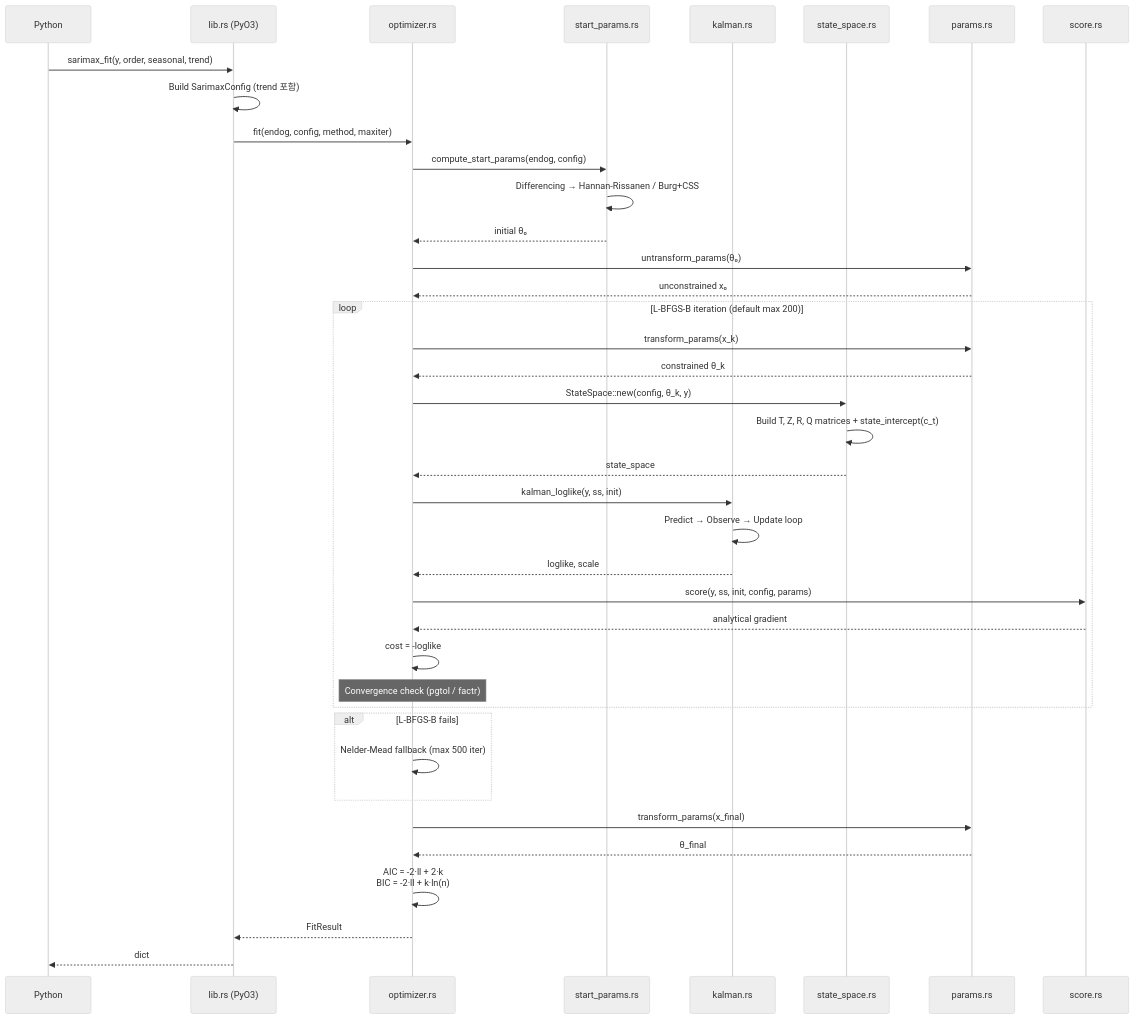
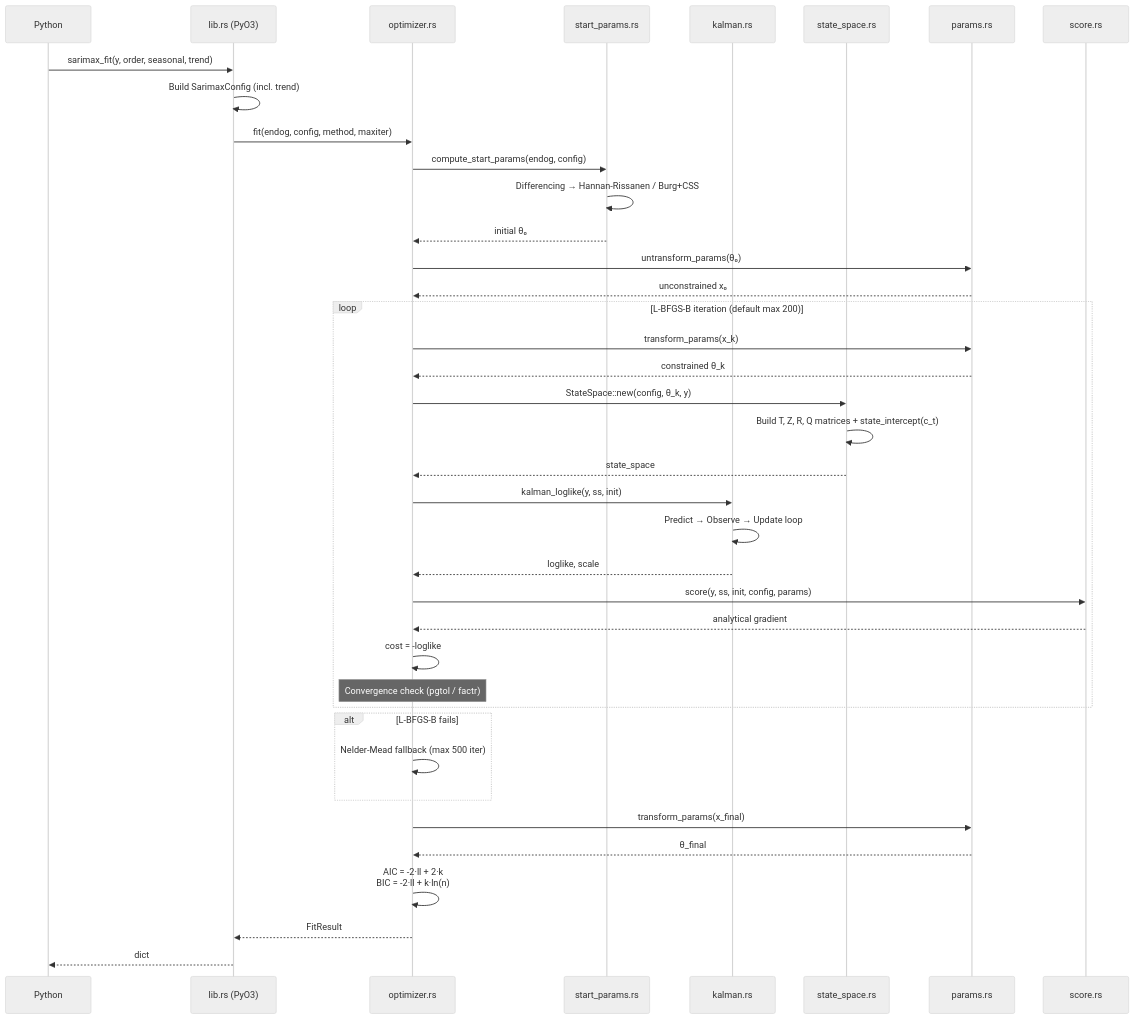
Before and after one commit to zongseung/Rust-python-arima: the second of 4 diagrams in README.md, drawn with Mermaid (neutral theme). The commit also changed other lines of this file, not shown here.

````diff
--- a/README.md
+++ b/README.md
@@ -308,47 +315,47 @@
 ```mermaid
 sequenceDiagram
     participant P as Python
     participant L as lib.rs (PyO3)
     participant O as optimizer.rs
     participant S as start_params.rs
     participant K as kalman.rs
     participant SS as state_space.rs
     participant PR as params.rs
     participant SC as score.rs
 
     P->>L: sarimax_fit(y, order, seasonal, trend)
-    L->>L: Build SarimaxConfig (trend 포함)
+    L->>L: Build SarimaxConfig (incl. trend)
     L->>O: fit(endog, config, method, maxiter)
 
     O->>S: compute_start_params(endog, config)
     S->>S: Differencing → Hannan-Rissanen / Burg+CSS
     S-->>O: initial θ₀
 
     O->>PR: untransform_params(θ₀)
     PR-->>O: unconstrained x₀
 
     loop L-BFGS-B iteration (default max 200)
         O->>PR: transform_params(x_k)
         PR-->>O: constrained θ_k
         O->>SS: StateSpace::new(config, θ_k, y)
         SS->>SS: Build T, Z, R, Q matrices + state_intercept(c_t)
         SS-->>O: state_space
         O->>K: kalman_loglike(y, ss, init)
         K->>K: Predict → Observe → Update loop
         K-->>O: loglike, scale
         O->>SC: score(y, ss, init, config, params)
         SC-->>O: analytical gradient
         O->>O: cost = -loglike
         Note over O: Convergence check (pgtol / factr)
     end
 
     alt L-BFGS-B fails
         O->>O: Nelder-Mead fallback (max 500 iter)
     end
 
     O->>PR: transform_params(x_final)
     PR-->>O: θ_final
     O->>O: AIC = -2·ll + 2·k<br/>BIC = -2·ll + k·ln(n)
     O-->>L: FitResult
     L-->>P: dict
 ```
````
